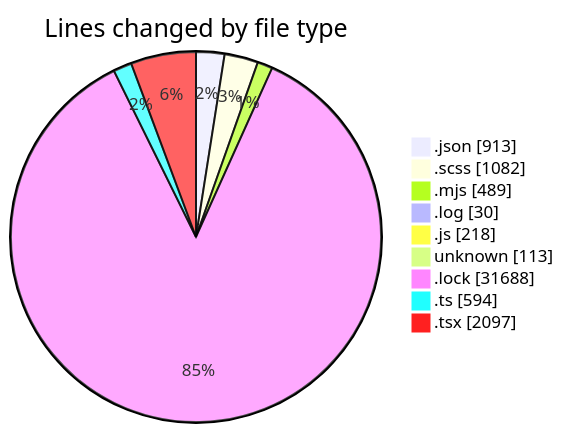
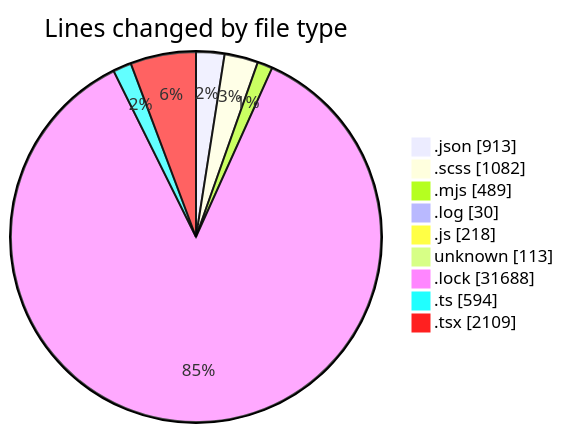
Before and after one commit to momahboobian/code-tracking: the first of 2 diagrams in 2026-08-12/cda/README.md, drawn with Mermaid. The commit also changed other lines of this file and 1 other file, not shown here.

````diff
--- a/2026-08-12/cda/README.md
+++ b/2026-08-12/cda/README.md
@@ -60,13 +60,13 @@
 ```mermaid
 pie showData
 title Lines changed by file type
 ".json" : 913
 ".scss" : 1082
 ".mjs" : 489
 ".log" : 30
 ".js" : 218
 "unknown" : 113
 ".lock" : 31688
 ".ts" : 594
-".tsx" : 2097
+".tsx" : 2109
 ```
````
